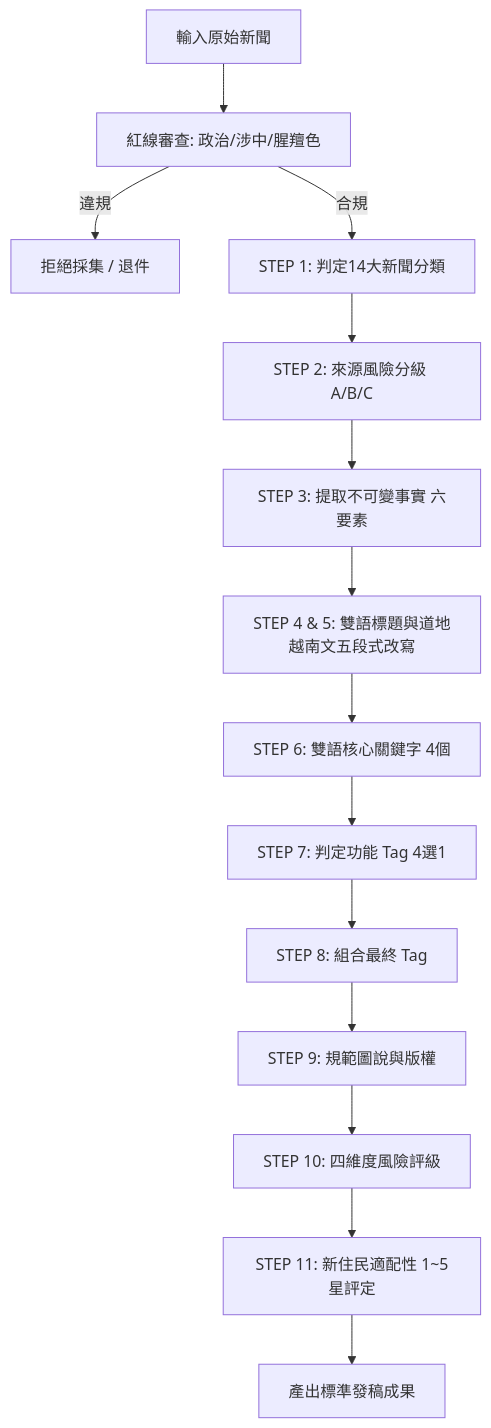
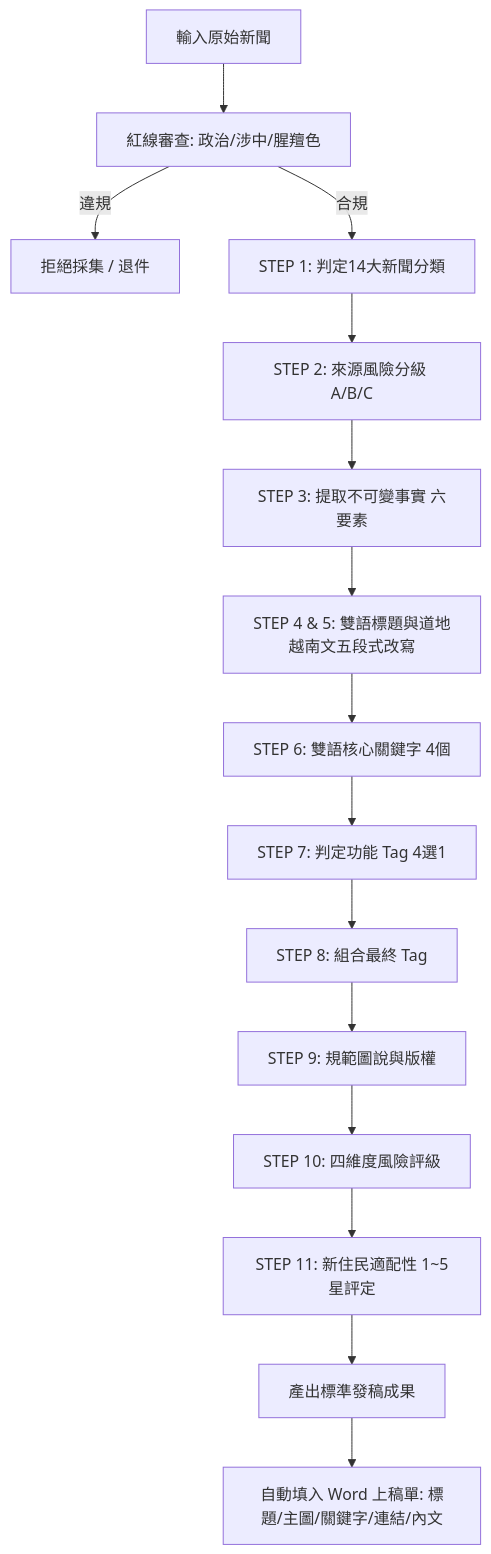
One commit to jellyfish00001/NewsScraping changed the diagram in AGENT.md. Above: the diagram before and after it, drawn with Mermaid. The commit also changed other lines of this file and 8 other files, not shown here.

````diff
--- a/AGENT.md
+++ b/AGENT.md
@@ -55,16 +57,17 @@
 ```mermaid
 flowchart TD
     A[輸入原始新聞] --> B[紅線審查: 政治/涉中/腥羶色]
     B -- 違規 --> B1[拒絕採集 / 退件]
     B -- 合規 --> C[STEP 1: 判定14大新聞分類]
     C --> D[STEP 2: 來源風險分級 A/B/C]
     D --> E[STEP 3: 提取不可變事實 六要素]
     E --> F[STEP 4 & 5: 雙語標題與道地越南文五段式改寫]
     F --> G[STEP 6: 雙語核心關鍵字 4個]
     G --> H[STEP 7: 判定功能 Tag 4選1]
     H --> I[STEP 8: 組合最終 Tag]
     I --> J[STEP 9: 規範圖說與版權]
     J --> K[STEP 10: 四維度風險評級]
     K --> L[STEP 11: 新住民適配性 1~5星評定]
     L --> M[產出標準發稿成果]
+    M --> N[自動填入 Word 上稿單: 標題/主圖/關鍵字/連結/內文]
 ```
````
